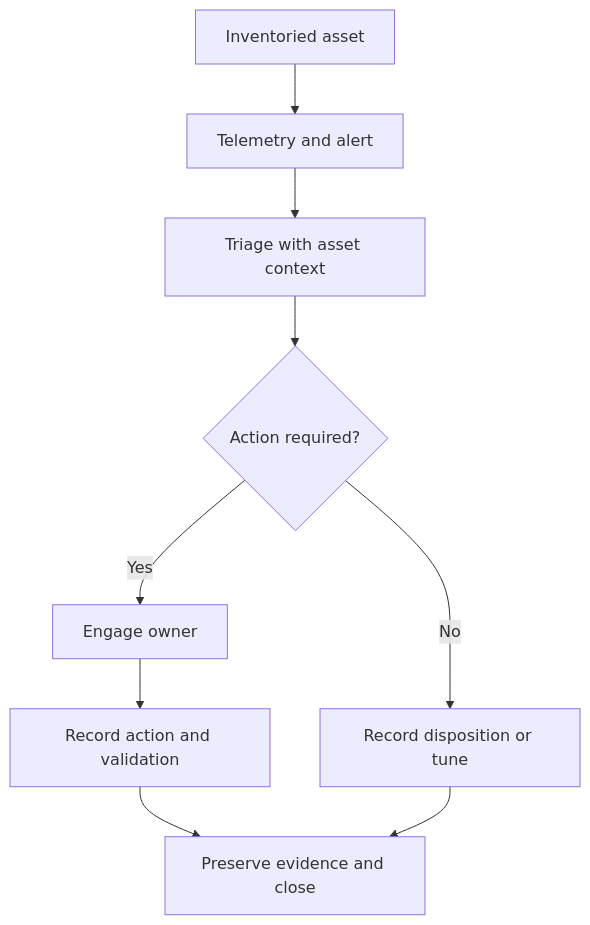
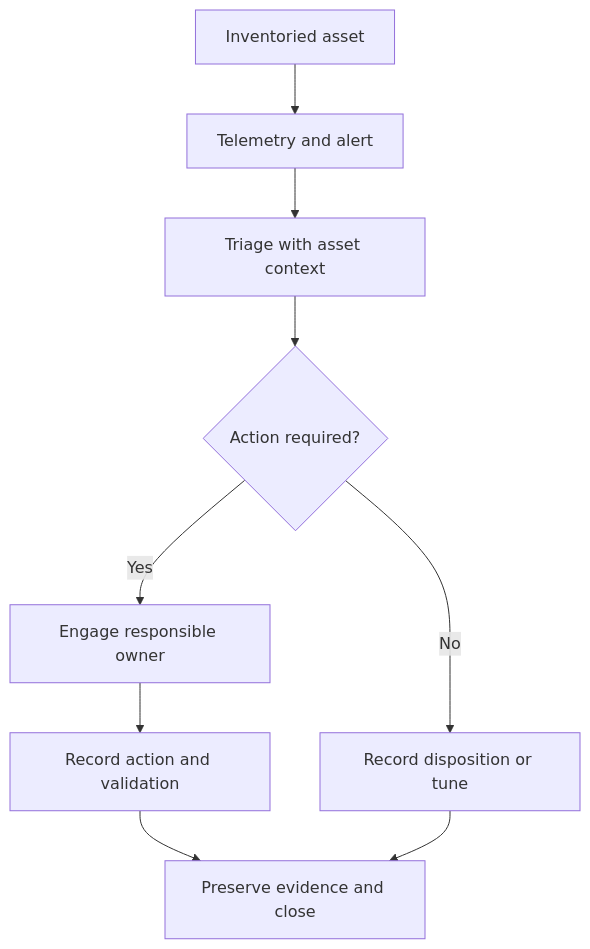
The diagram in cases/soc-mvp-architecture/README.md (SamuelGuigo/Portfolio-Tecnico-Samuel-Guigo), drawn with Mermaid before and after one commit. The commit also changed other lines of this file, not shown here.

````diff
--- a/cases/soc-mvp-architecture/README.md
+++ b/cases/soc-mvp-architecture/README.md
@@ -38,11 +56,11 @@
 ```mermaid
 flowchart TD
     A["Inventoried asset"] --> B["Telemetry and alert"]
     B --> C["Triage with asset context"]
     C --> D{"Action required?"}
-    D -->|Yes| E["Engage owner"]
+    D -->|Yes| E["Engage responsible owner"]
     E --> F["Record action and validation"]
     D -->|No| G["Record disposition or tune"]
     F --> H["Preserve evidence and close"]
     G --> H
 ```
````
